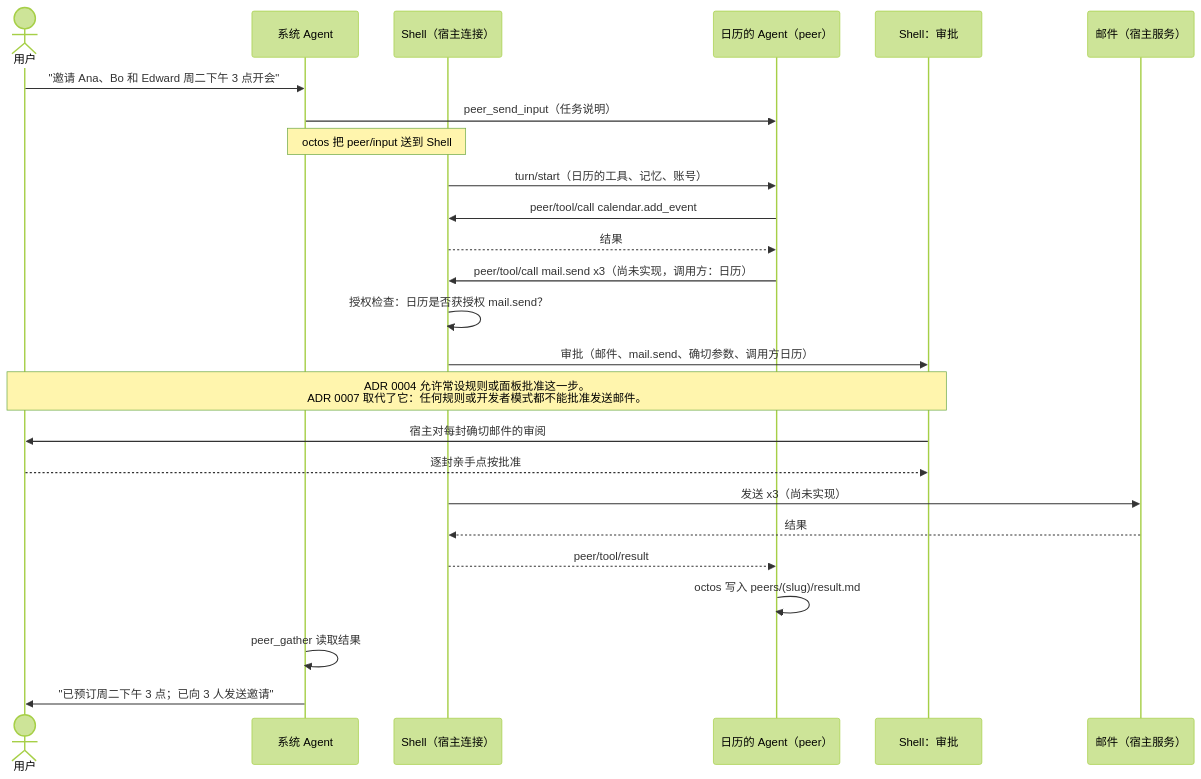
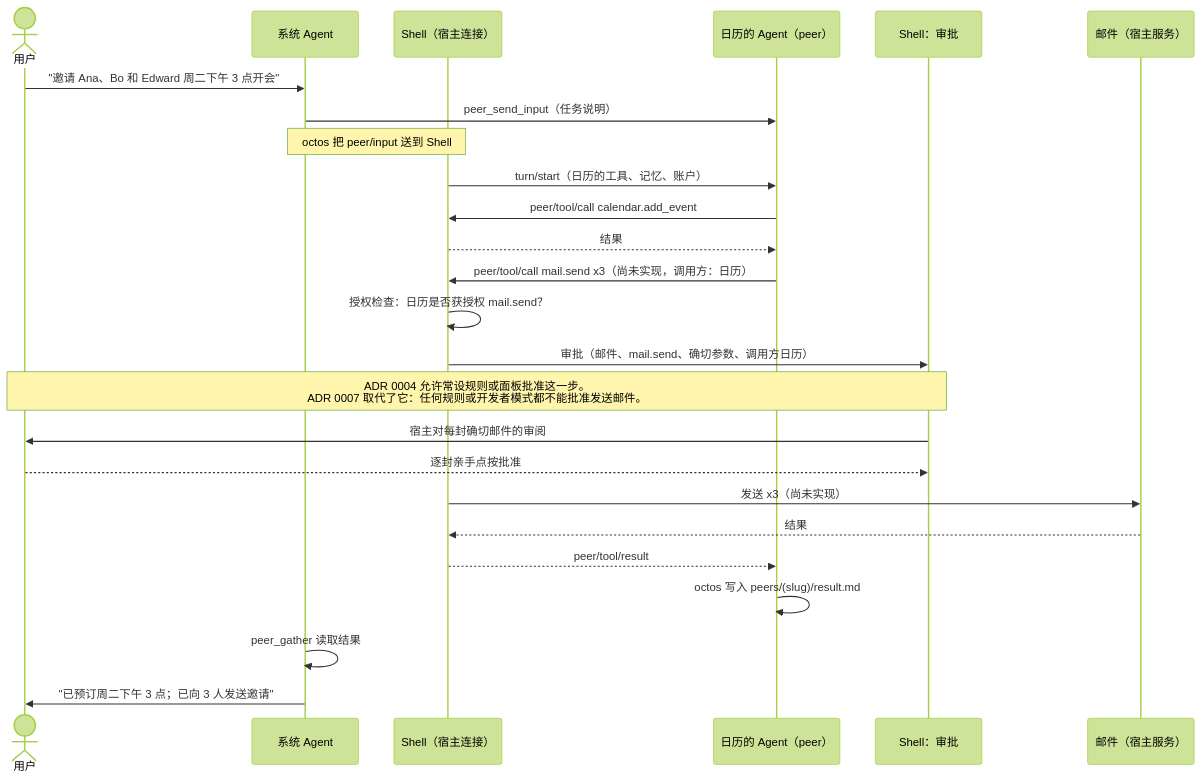
The fifth of 5 diagrams in docs/architecture.zh-CN.md (OctoSense-org/OctoSense), drawn with Mermaid (forest theme) before and after one commit. The commit also changed other lines of this file and 7 other files, not shown here.

````diff
--- a/docs/architecture.zh-CN.md
+++ b/docs/architecture.zh-CN.md
@@ -450,27 +450,27 @@
 ```mermaid
 sequenceDiagram
   actor P as 用户
   participant S as 系统 Agent
   participant SH as Shell（宿主连接）
   participant C as 日历的 Agent（peer）
   participant R as Shell：审批
   participant M as 邮件（宿主服务）
   P->>S: "邀请 Ana、Bo 和 Edward 周二下午 3 点开会"
   S->>C: peer_send_input（任务说明）
   Note over S,SH: octos 把 peer/input 送到 Shell
-  SH->>C: turn/start（日历的工具、记忆、账号）
+  SH->>C: turn/start（日历的工具、记忆、账户）
   C->>SH: peer/tool/call calendar.add_event
   SH-->>C: 结果
   C->>SH: peer/tool/call mail.send x3（尚未实现，调用方：日历）
   SH->>SH: 授权检查：日历是否获授权 mail.send？
   SH->>R: 审批（邮件、mail.send、确切参数、调用方日历）
   Note over R,P: ADR 0004 允许常设规则或面板批准这一步。<br/>ADR 0007 取代了它：任何规则或开发者模式都不能批准发送邮件。
   R->>P: 宿主对每封确切邮件的审阅
   P-->>R: 逐封亲手点按批准
   SH->>M: 发送 x3（尚未实现）
   M-->>SH: 结果
   SH-->>C: peer/tool/result
   C->>C: octos 写入 peers/(slug)/result.md
   S->>S: peer_gather 读取结果
   S->>P: "已预订周二下午 3 点；已向 3 人发送邀请"
 ```
````
